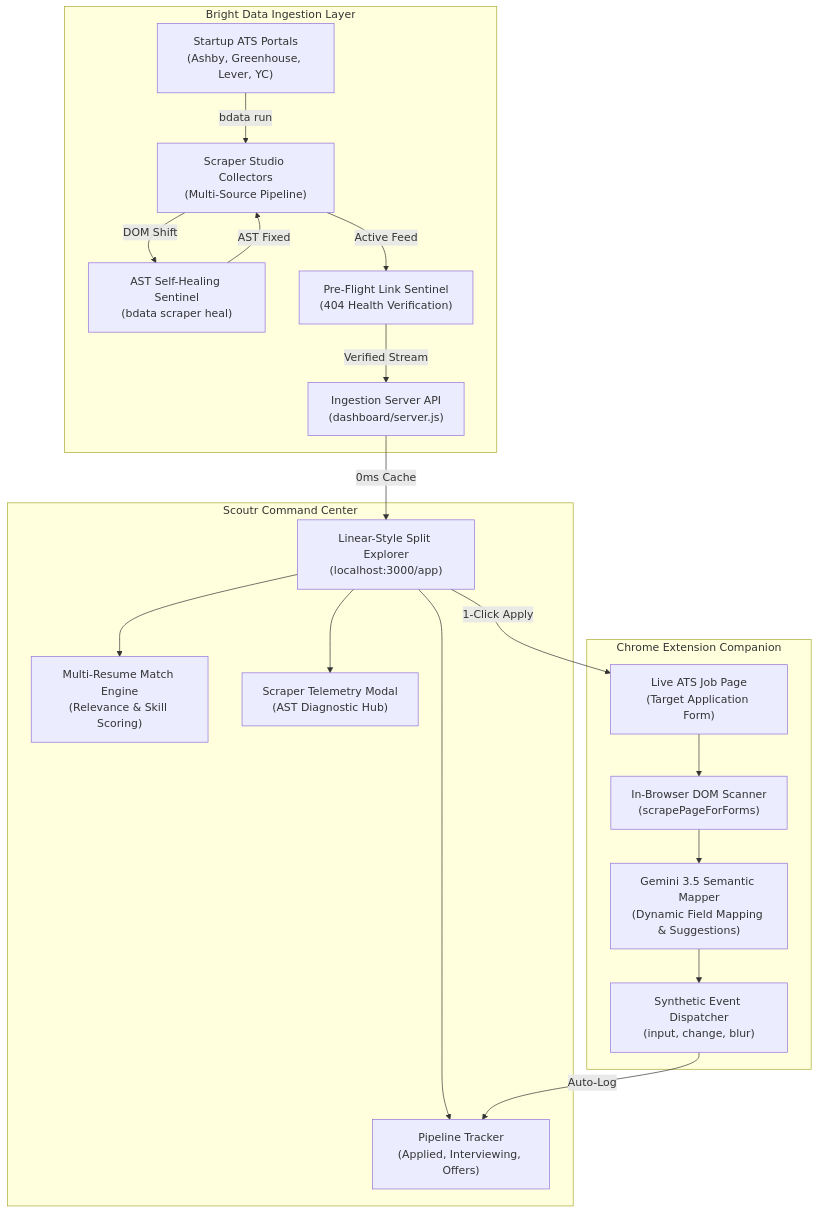
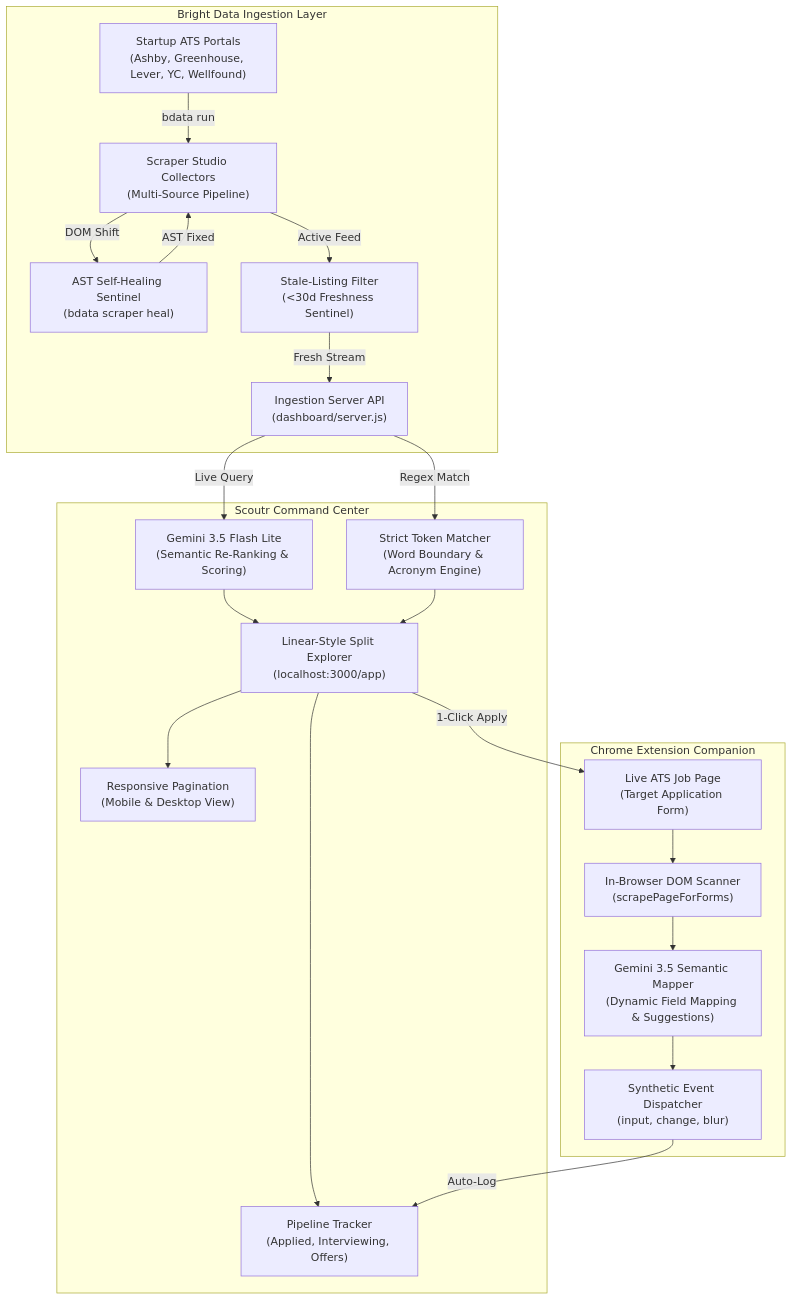
Before and after one commit to wizardwithcodehazard/Scoutr: the diagram in README.md, drawn with Mermaid. The commit also changed other lines of this file and 11 other files, not shown here.

Commit message:
feat: integrate Gemini 3.5 Flash Lite re-ranking, strict regex matching, mobile pagination, and clean navbar UI

````diff
--- a/README.md
+++ b/README.md
@@ -28,41 +28,44 @@
 ```mermaid
 flowchart TD
     subgraph Discovery["Bright Data Ingestion Layer"]
-        A["Startup ATS Portals<br/>(Ashby, Greenhouse, Lever, YC)"]
+        A["Startup ATS Portals<br/>(Ashby, Greenhouse, Lever, YC, Wellfound)"]
         B["Scraper Studio Collectors<br/>(Multi-Source Pipeline)"]
         C["AST Self-Healing Sentinel<br/>(bdata scraper heal)"]
-        D["Pre-Flight Link Sentinel<br/>(404 Health Verification)"]
+        D["Stale-Listing Filter<br/>(<30d Freshness Sentinel)"]
         E["Ingestion Server API<br/>(dashboard/server.js)"]
     end
 
     subgraph Command["Scoutr Command Center"]
         F["Linear-Style Split Explorer<br/>(localhost:3000/app)"]
-        G["Multi-Resume Match Engine<br/>(Relevance & Skill Scoring)"]
-        H["Pipeline Tracker<br/>(Applied, Interviewing, Offers)"]
-        I["Scraper Telemetry Modal<br/>(AST Diagnostic Hub)"]
+        G["Gemini 3.5 Flash Lite<br/>(Semantic Re-Ranking & Scoring)"]
+        H["Strict Token Matcher<br/>(Word Boundary & Acronym Engine)"]
+        I["Pipeline Tracker<br/>(Applied, Interviewing, Offers)"]
+        J["Responsive Pagination<br/>(Mobile & Desktop View)"]
     end
 
     subgraph Extension["Chrome Extension Companion"]
-        J["Live ATS Job Page<br/>(Target Application Form)"]
-        K["In-Browser DOM Scanner<br/>(scrapePageForForms)"]
-        L["Gemini 3.5 Semantic Mapper<br/>(Dynamic Field Mapping & Suggestions)"]
-        M["Synthetic Event Dispatcher<br/>(input, change, blur)"]
+        K["Live ATS Job Page<br/>(Target Application Form)"]
+        L["In-Browser DOM Scanner<br/>(scrapePageForForms)"]
+        M["Gemini 3.5 Semantic Mapper<br/>(Dynamic Field Mapping & Suggestions)"]
+        N["Synthetic Event Dispatcher<br/>(input, change, blur)"]
     end
 
     A -->|bdata run| B
     B -->|DOM Shift| C
     C -->|AST Fixed| B
     B -->|Active Feed| D
-    D -->|Verified Stream| E
+    D -->|Fresh Stream| E
 
-    E -->|0ms Cache| F
-    F --> G
-    F --> H
+    E -->|Live Query| G
+    E -->|Regex Match| H
+    G --> F
+    H --> F
     F --> I
+    F --> J
 
-    F -->|1-Click Apply| J
-    J --> K
+    F -->|1-Click Apply| K
     K --> L
     L --> M
-    M -->|Auto-Log| H
+    M --> N
+    N -->|Auto-Log| I
 ```
````
